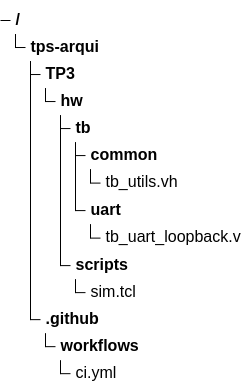
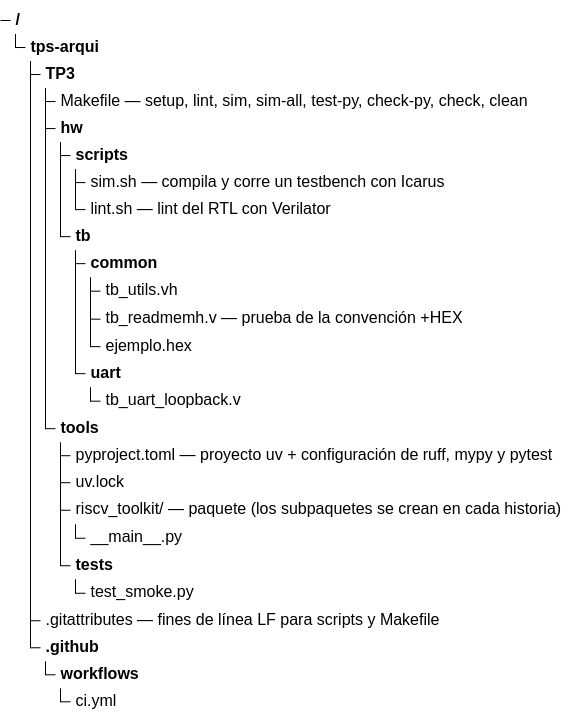
Before and after one commit to nicopinera/tps-arqui: the fourth of 47 diagrams in docs/PRD-pipeline-riscv.md, drawn with Mermaid. The commit also changed other lines of this file and 29 other files, not shown here.

````diff
--- a/docs/PRD-pipeline-riscv.md
+++ b/docs/PRD-pipeline-riscv.md
@@ -525,16 +530,28 @@
 ```mermaid
 treeView-beta
     "tps-arqui/"
         "TP3/"
+            "Makefile — setup, lint, sim, sim-all, test-py, check-py, check, clean"
             "hw/"
+                "scripts/"
+                    "sim.sh — compila y corre un testbench con Icarus"
+                    "lint.sh — lint del RTL con Verilator"
                 "tb/"
                     "common/"
                         "tb_utils.vh"
+                        "tb_readmemh.v — prueba de la convención +HEX"
+                        "ejemplo.hex"
                     "uart/"
                         "tb_uart_loopback.v"
-                "scripts/"
-                    "sim.tcl"
+            "tools/"
+                "pyproject.toml — proyecto uv + configuración de ruff, mypy y pytest"
+                "uv.lock"
+                "riscv_toolkit/ — paquete (los subpaquetes se crean en cada historia)"
+                    "__main__.py"
+                "tests/"
+                    "test_smoke.py"
+        ".gitattributes — fines de línea LF para scripts y Makefile"
         ".github/"
             "workflows/"
                 "ci.yml"
 ```
````
